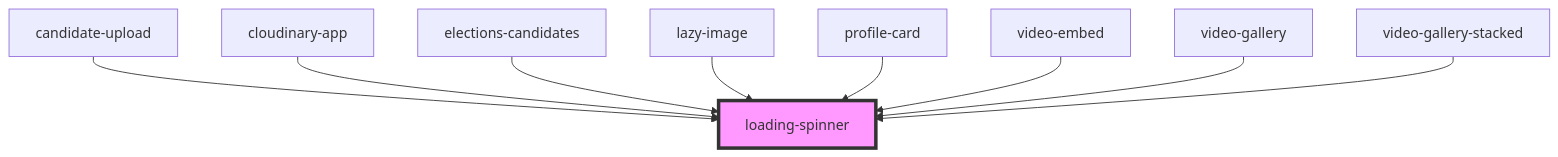
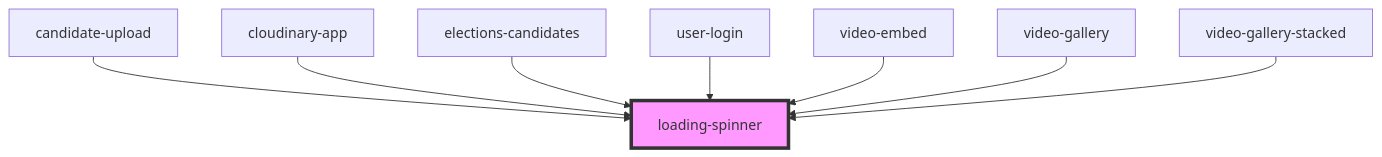
Before and after one commit to dev-kylo/component_library: the diagram in src/components/spinner/readme.md, drawn with Mermaid. The commit also changed other lines of this file and 27 other files, not shown here.

````diff
--- a/src/components/spinner/readme.md
+++ b/src/components/spinner/readme.md
@@ -29,12 +28,11 @@
 ```mermaid
 graph TD;
   candidate-upload --> loading-spinner
   cloudinary-app --> loading-spinner
   elections-candidates --> loading-spinner
-  lazy-image --> loading-spinner
-  profile-card --> loading-spinner
+  user-login --> loading-spinner
   video-embed --> loading-spinner
   video-gallery --> loading-spinner
   video-gallery-stacked --> loading-spinner
   style loading-spinner fill:#f9f,stroke:#333,stroke-width:4px
 ```
````
